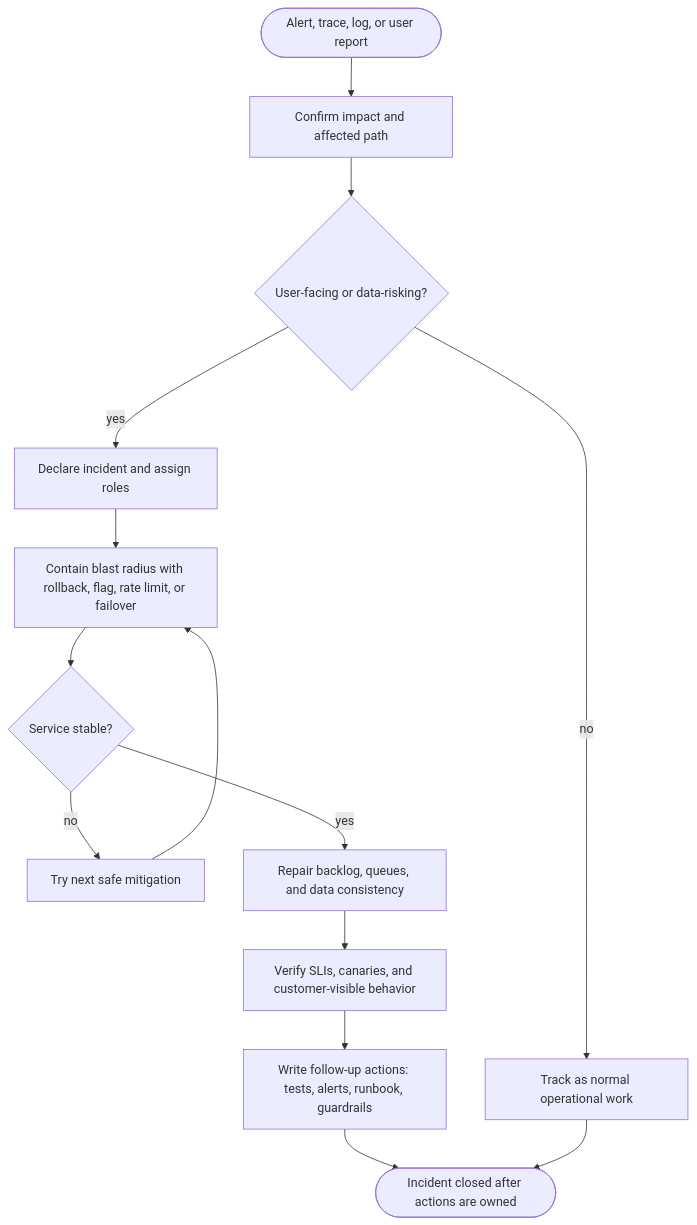
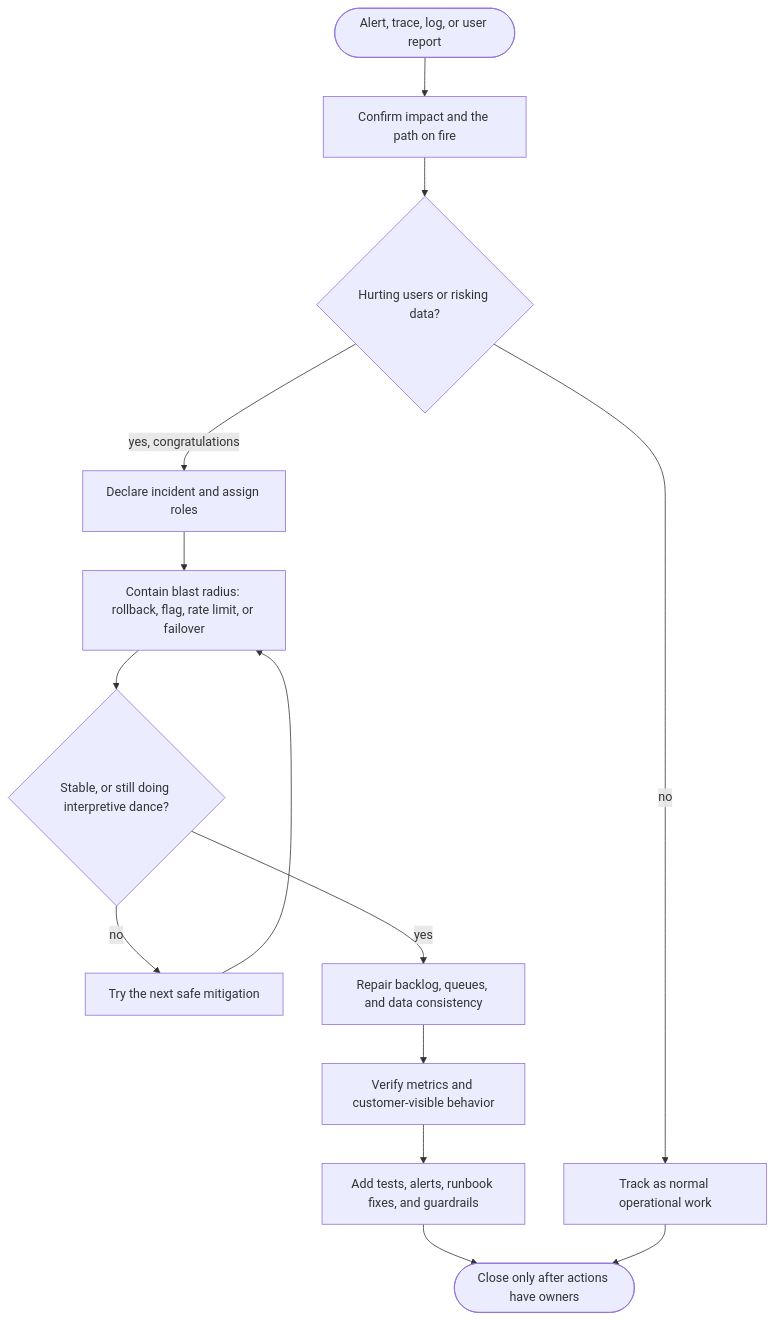
One commit to P0W/System-Design changed the third of 4 diagrams in src/ch10-reliability-ops.md. Above: the diagram before and after it, drawn with Mermaid. The commit also changed other lines of this file and 5 other files, not shown here.

Commit message:
Make diagram guidance more memorable

````diff
--- a/src/ch10-reliability-ops.md
+++ b/src/ch10-reliability-ops.md
@@ -107,16 +107,16 @@
 ```mermaid
 flowchart TD
-  Signal([Alert, trace, log, or user report]) --> Triage[Confirm impact and affected path]
-  Triage --> Severe{User-facing or data-risking?}
-  Severe -->|yes| Declare[Declare incident and assign roles]
+  Signal([Alert, trace, log, or user report]) --> Triage[Confirm impact and the path on fire]
+  Triage --> Severe{Hurting users or risking data?}
+  Severe -->|yes, congratulations| Declare[Declare incident and assign roles]
   Severe -->|no| Track[Track as normal operational work]
-  Declare --> Contain[Contain blast radius with rollback, flag, rate limit, or failover]
-  Contain --> Stable{Service stable?}
-  Stable -->|no| Mitigate[Try next safe mitigation]
+  Declare --> Contain[Contain blast radius: rollback, flag, rate limit, or failover]
+  Contain --> Stable{Stable, or still doing interpretive dance?}
+  Stable -->|no| Mitigate[Try the next safe mitigation]
   Mitigate --> Contain
   Stable -->|yes| Recover[Repair backlog, queues, and data consistency]
-  Recover --> Verify[Verify SLIs, canaries, and customer-visible behavior]
-  Verify --> Learn[Write follow-up actions: tests, alerts, runbook, guardrails]
-  Learn --> Done([Incident closed after actions are owned])
+  Recover --> Verify[Verify metrics and customer-visible behavior]
+  Verify --> Learn[Add tests, alerts, runbook fixes, and guardrails]
+  Learn --> Done([Close only after actions have owners])
   Track --> Done
 ```
````
